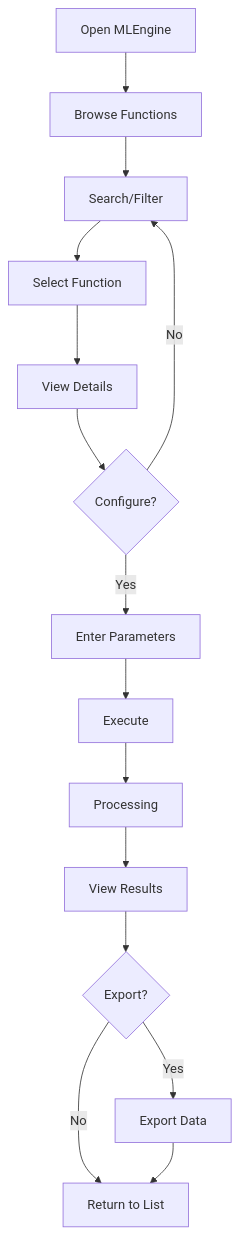
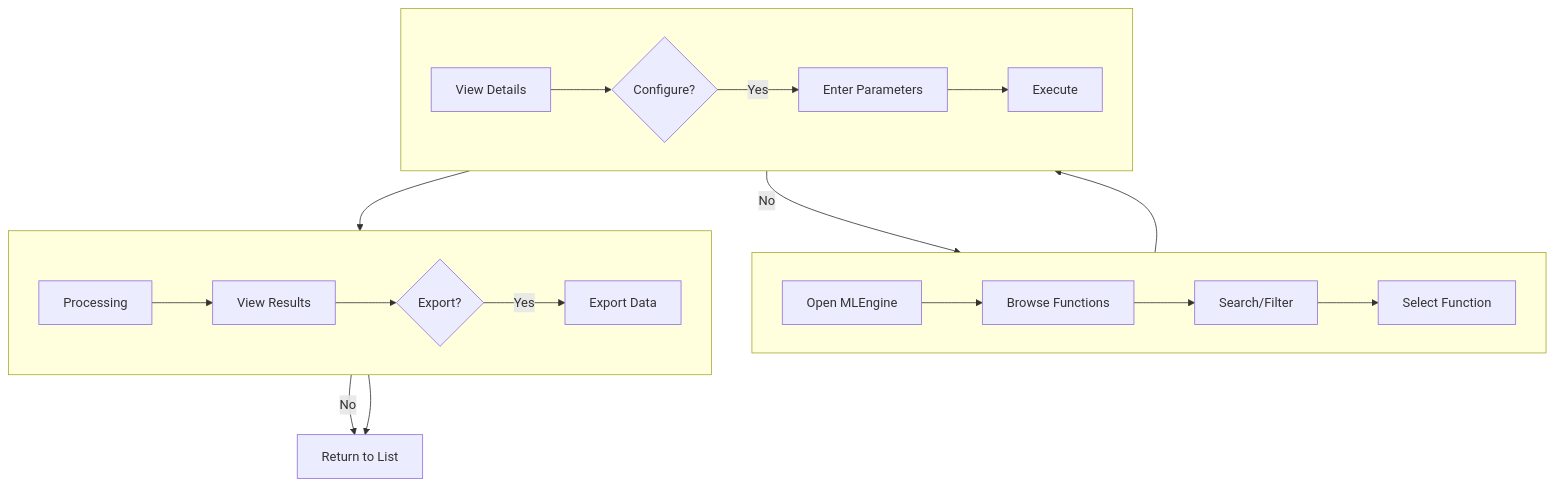
One commit to RoundRobinHood/cogniflight-cloud changed the sixth of 10 diagrams in docs/SEN3781_Assignment4_Information_Architecture_Report.md. Above: the diagram before and after it, drawn with Mermaid. The commit also changed other lines of this file, not shown here.

Commit message:
improved diagram readability

````diff
--- a/docs/SEN3781_Assignment4_Information_Architecture_Report.md
+++ b/docs/SEN3781_Assignment4_Information_Architecture_Report.md
@@ -294,13 +319,20 @@
 ```mermaid
-flowchart TD
-    A[Open MLEngine] --> B[Browse Functions]
-    B --> C[Search/Filter] --> D[Select Function]
-    D --> E[View Details] --> F{Configure?}
+flowchart TB
+    subgraph row1[" "]
+        direction LR
+        A[Open MLEngine] --> B[Browse Functions] --> C[Search/Filter] --> D[Select Function]
+    end
+    subgraph row2[" "]
+        direction LR
+        E[View Details] --> F{Configure?} -->|Yes| G[Enter Parameters] --> H[Execute]
+    end
+    subgraph row3[" "]
+        direction LR
+        I[Processing] --> J[View Results] --> K{Export?} -->|Yes| L[Export Data]
+    end
+    D --> E
     F -->|No| C
-    F -->|Yes| G[Enter Parameters]
-    G --> H[Execute] --> I[Processing]
-    I --> J[View Results] --> K{Export?}
-    K -->|Yes| L[Export Data]
+    H --> I
     K -->|No| M[Return to List]
     L --> M
 ```
````
